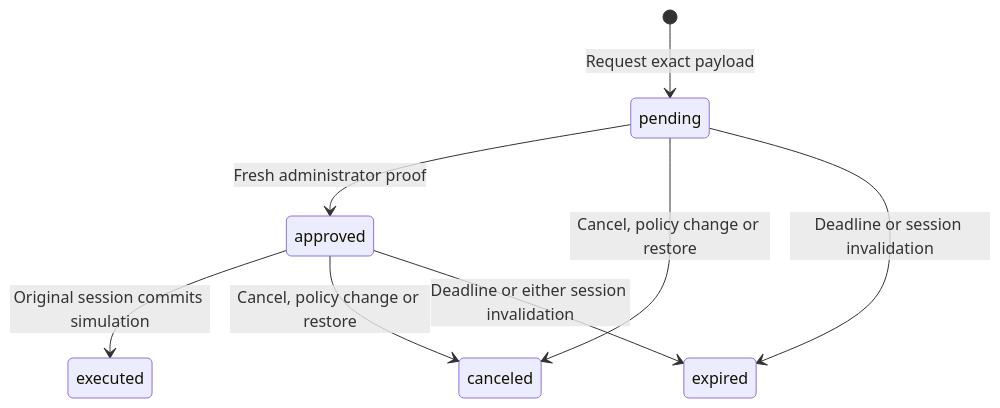
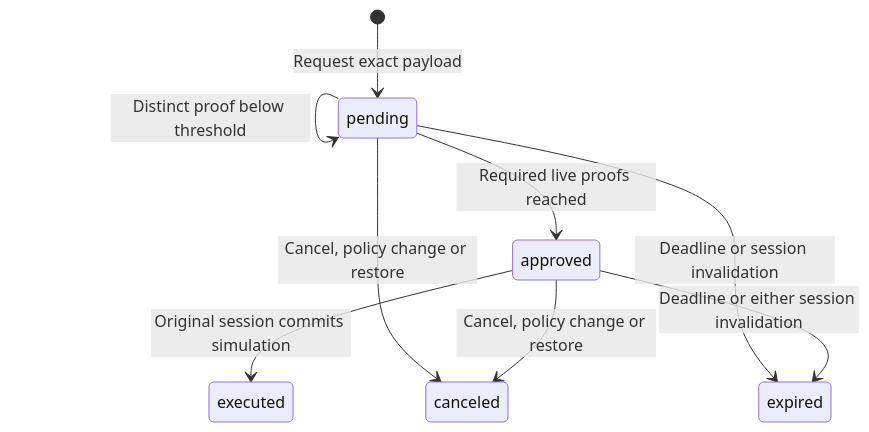
One commit to enriquegrx/gozne changed the diagram in docs/11-CONTROL-PANEL.md. Above: the diagram before and after it, drawn with Mermaid. The commit also changed other lines of this file and 33 other files, not shown here.

````diff
--- a/docs/11-CONTROL-PANEL.md
+++ b/docs/11-CONTROL-PANEL.md
@@ -98,10 +101,11 @@
 ```mermaid
 stateDiagram-v2
     [*] --> pending: Request exact payload
-    pending --> approved: Fresh administrator proof
+    pending --> pending: Distinct proof below threshold
+    pending --> approved: Required live proofs reached
     approved --> executed: Original session commits simulation
     pending --> canceled: Cancel, policy change or restore
     approved --> canceled: Cancel, policy change or restore
     pending --> expired: Deadline or session invalidation
     approved --> expired: Deadline or either session invalidation
 ```
````
